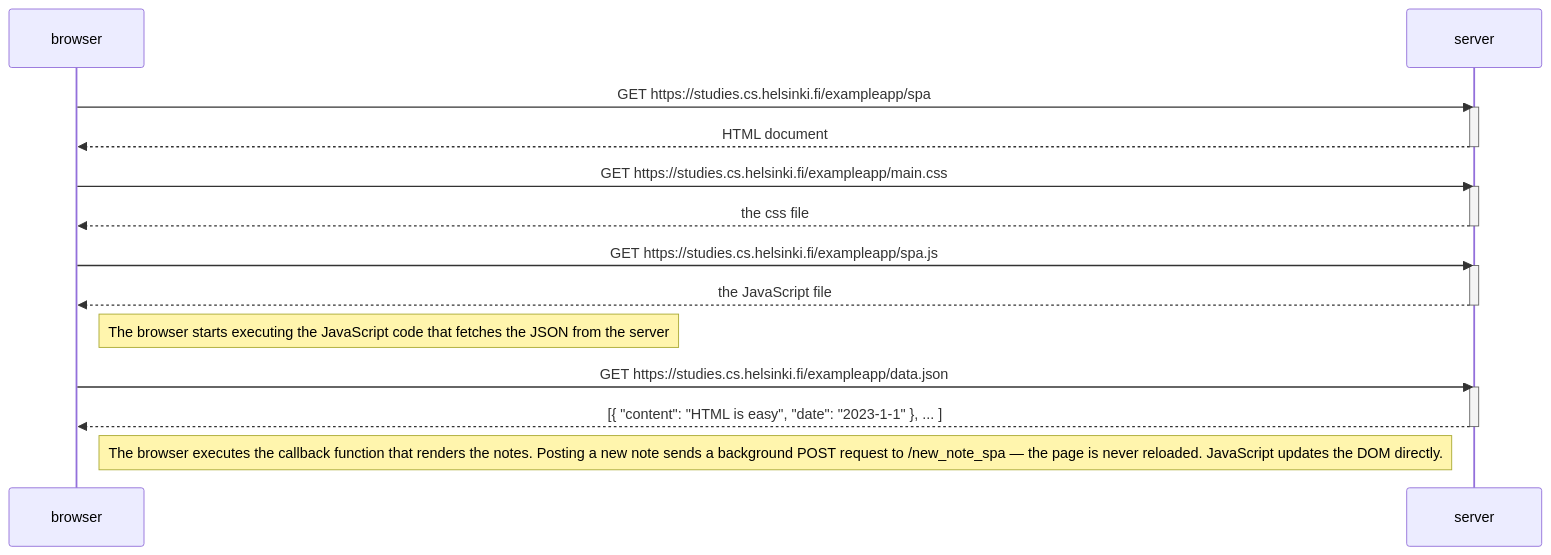
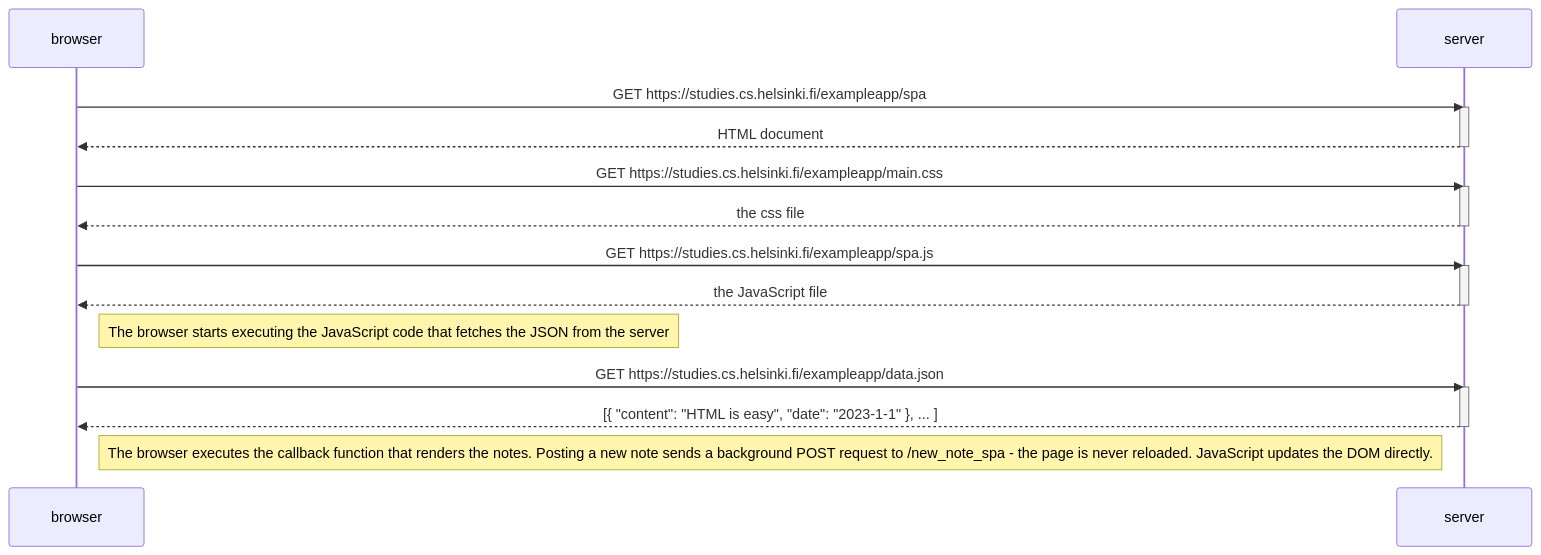
One commit to kingkar-bhowmick/fullstackopen changed the diagram in part0/readme0_5.md. Above: the diagram before and after it, drawn with Mermaid. The commit also changed 17 other files, not shown here.

````diff
--- a/part0/readme0_5.md
+++ b/part0/readme0_5.md
@@ -1,29 +1,29 @@
 ```mermaid
 sequenceDiagram
     participant browser
     participant server
 
     browser->>server: GET https://studies.cs.helsinki.fi/exampleapp/spa
     activate server
     server-->>browser: HTML document
     deactivate server
 
     browser->>server: GET https://studies.cs.helsinki.fi/exampleapp/main.css
     activate server
     server-->>browser: the css file
     deactivate server
 
     browser->>server: GET https://studies.cs.helsinki.fi/exampleapp/spa.js
     activate server
     server-->>browser: the JavaScript file
     deactivate server
 
     Note right of browser: The browser starts executing the JavaScript code that fetches the JSON from the server
 
     browser->>server: GET https://studies.cs.helsinki.fi/exampleapp/data.json
     activate server
     server-->>browser: [{ "content": "HTML is easy", "date": "2023-1-1" }, ... ]
     deactivate server
 
-    Note right of browser: The browser executes the callback function that renders the notes. Posting a new note sends a background POST request to /new_note_spa — the page is never reloaded. JavaScript updates the DOM directly.
+    Note right of browser: The browser executes the callback function that renders the notes. Posting a new note sends a background POST request to /new_note_spa - the page is never reloaded. JavaScript updates the DOM directly.
 ```
````
